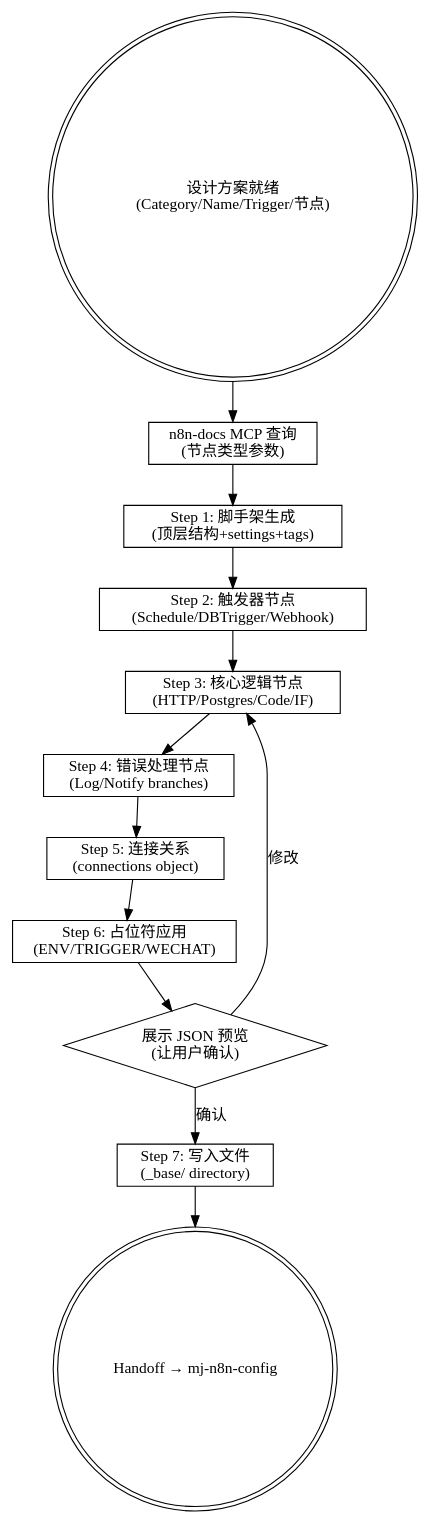
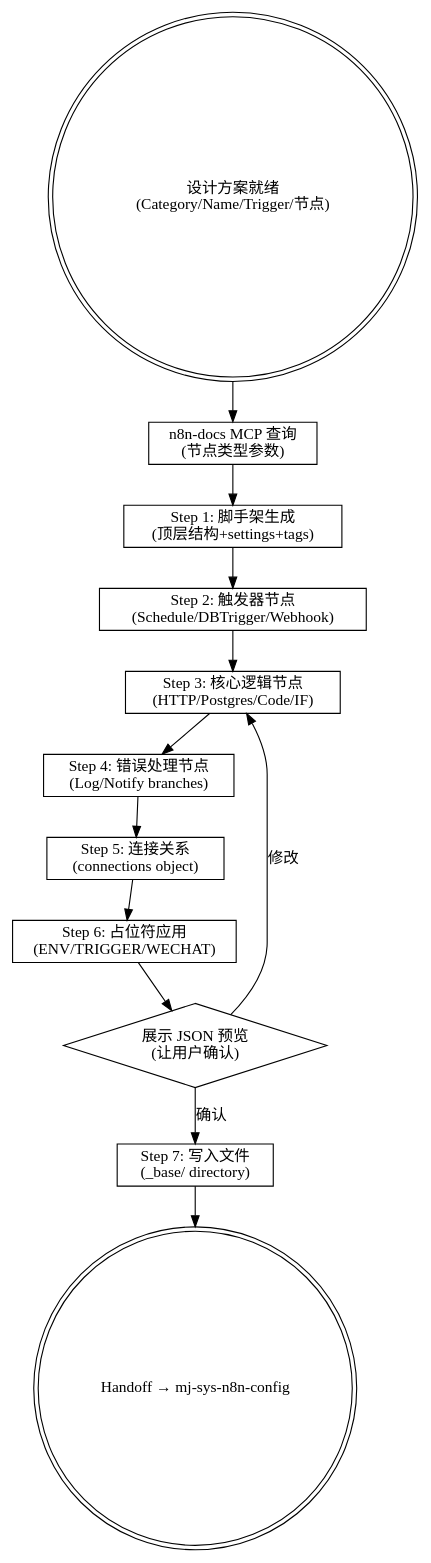
The diagram in plugins/mj-sys-n8n/skills/mj-sys-n8n-author/SKILL.md (MJ-AgentLab/mj-agentlab-marketplace), drawn with Graphviz before and after one commit. The commit also changed other lines of this file and 54 other files, not shown here.

````diff
--- a/plugins/mj-sys-n8n/skills/mj-sys-n8n-author/SKILL.md
+++ b/plugins/mj-sys-n8n/skills/mj-sys-n8n-author/SKILL.md
@@ -25,20 +25,20 @@
 ```dot
 digraph author {
   rankdir=TB;
   start [label="设计方案就绪\n(Category/Name/Trigger/节点)" shape=doublecircle];
   mcp [label="n8n-docs MCP 查询\n(节点类型参数)" shape=box];
   scaffold [label="Step 1: 脚手架生成\n(顶层结构+settings+tags)" shape=box];
   trigger [label="Step 2: 触发器节点\n(Schedule/DBTrigger/Webhook)" shape=box];
   core [label="Step 3: 核心逻辑节点\n(HTTP/Postgres/Code/IF)" shape=box];
   error [label="Step 4: 错误处理节点\n(Log/Notify branches)" shape=box];
   conn [label="Step 5: 连接关系\n(connections object)" shape=box];
   placeholder [label="Step 6: 占位符应用\n(ENV/TRIGGER/WECHAT)" shape=box];
   preview [label="展示 JSON 预览\n(让用户确认)" shape=diamond];
   write [label="Step 7: 写入文件\n(_base/ directory)" shape=box];
-  done [label="Handoff → mj-n8n-config" shape=doublecircle];
+  done [label="Handoff → mj-sys-n8n-config" shape=doublecircle];
   start -> mcp -> scaffold -> trigger -> core -> error -> conn -> placeholder -> preview;
   preview -> write [label="确认"];
   preview -> core [label="修改"];
   write -> done;
 }
 ```
````
